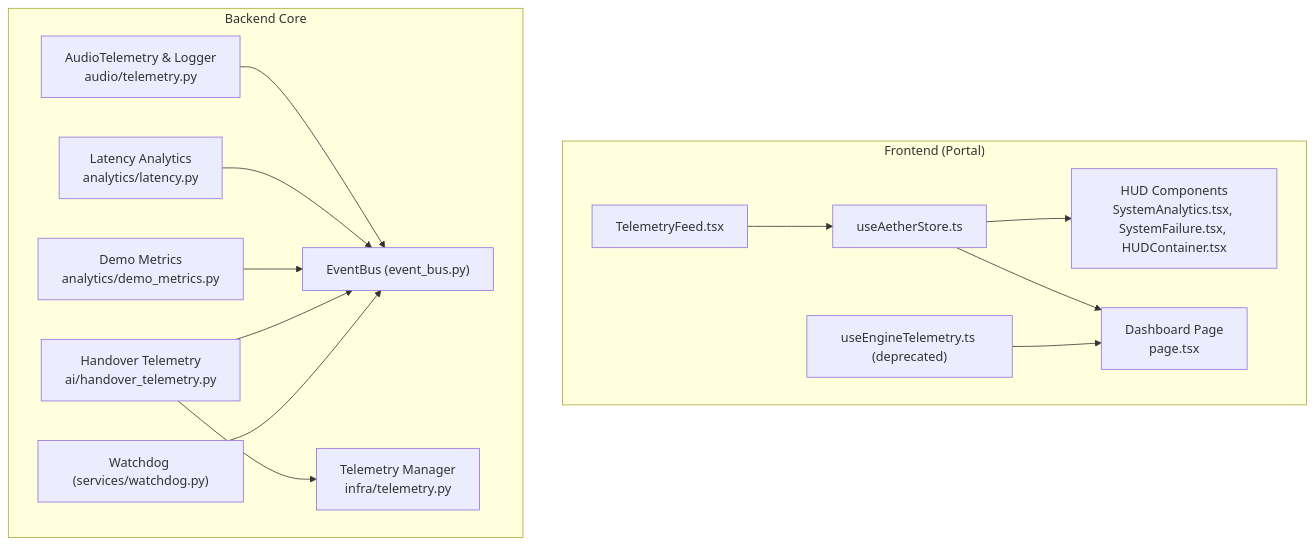
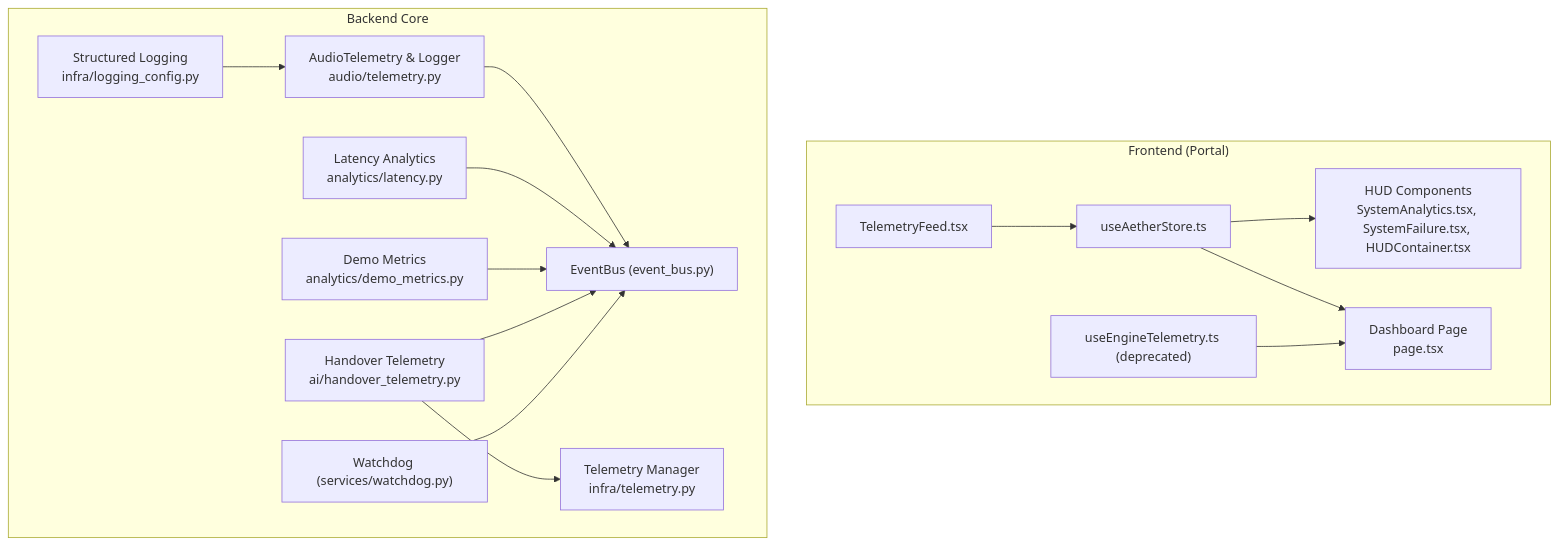
The first of 12 diagrams in .qoder/repowiki/en/content/Deployment and Operations/Monitoring and Operational Logging.md (Moeabdelaziz007/Aether-Voice-OS), drawn with Mermaid before and after one commit. The commit also changed other lines of this file and 29 other files, not shown here.

````diff
--- a/.qoder/repowiki/en/content/Deployment and Operations/Monitoring and Operational Logging.md
+++ b/.qoder/repowiki/en/content/Deployment and Operations/Monitoring and Operational Logging.md
@@ -48,29 +59,31 @@
 ```mermaid
 graph TB
 subgraph "Frontend (Portal)"
 FE_Store["useAetherStore.ts"]
 FE_HUD["HUD Components<br/>SystemAnalytics.tsx, SystemFailure.tsx, HUDContainer.tsx"]
 FE_Dash["Dashboard Page<br/>page.tsx"]
 FE_TelemHook["useEngineTelemetry.ts (deprecated)"]
 FE_TelemUI["TelemetryFeed.tsx"]
 end
 subgraph "Backend Core"
 BE_Bus["EventBus (event_bus.py)"]
 BE_AudioTel["AudioTelemetry & Logger<br/>audio/telemetry.py"]
 BE_Latency["Latency Analytics<br/>analytics/latency.py"]
 BE_DemoMetrics["Demo Metrics<br/>analytics/demo_metrics.py"]
 BE_HandoverTel["Handover Telemetry<br/>ai/handover_telemetry.py"]
 BE_OTel["Telemetry Manager<br/>infra/telemetry.py"]
 BE_Watchdog["Watchdog (services/watchdog.py)"]
+BE_Structlog["Structured Logging<br/>infra/logging_config.py"]
 end
 FE_Store --> FE_HUD
 FE_Store --> FE_Dash
 FE_TelemHook --> FE_Dash
 FE_TelemUI --> FE_Store
 BE_AudioTel --> BE_Bus
 BE_Latency --> BE_Bus
 BE_DemoMetrics --> BE_Bus
 BE_HandoverTel --> BE_OTel
 BE_HandoverTel --> BE_Bus
 BE_Watchdog --> BE_Bus
+BE_Structlog --> BE_AudioTel
 ```
````
